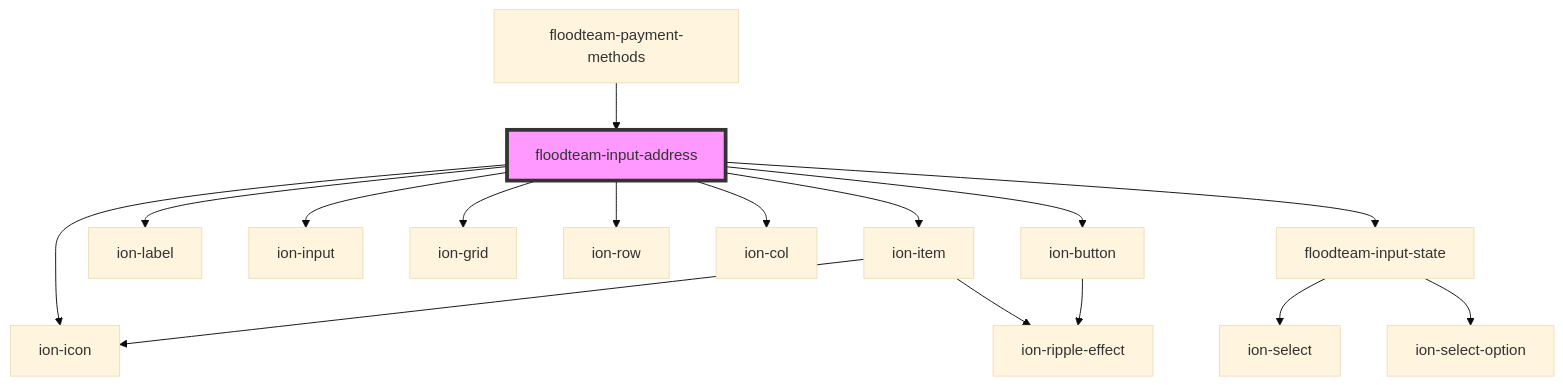
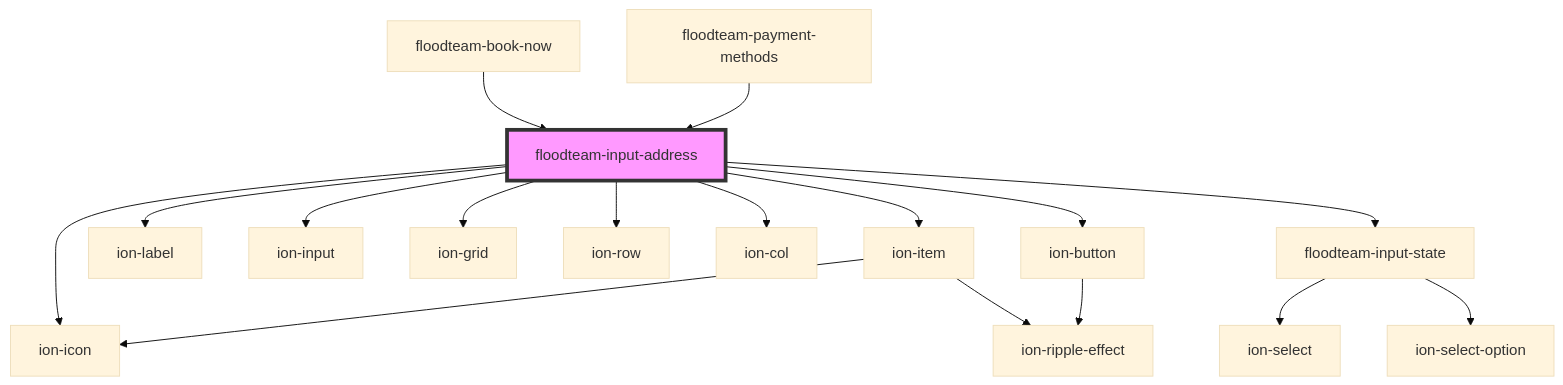
The diagram in src/components/input-address/readme.md (FloodTeam/components), drawn with Mermaid (base theme) before and after one commit. The commit also changed other lines of this file and 22 other files, not shown here.

Commit message:
fix(): Add book now component, fix loader, change out thumbs up for checkmark, and  mock fireenjin events for component testing

````diff
--- a/src/components/input-address/readme.md
+++ b/src/components/input-address/readme.md
@@ -47,19 +48,20 @@
 ```mermaid
 graph TD;
   floodteam-input-address --> ion-item
   floodteam-input-address --> ion-label
   floodteam-input-address --> ion-input
   floodteam-input-address --> ion-grid
   floodteam-input-address --> ion-row
   floodteam-input-address --> ion-col
   floodteam-input-address --> floodteam-input-state
   floodteam-input-address --> ion-button
   floodteam-input-address --> ion-icon
   ion-item --> ion-icon
   ion-item --> ion-ripple-effect
   floodteam-input-state --> ion-select
   floodteam-input-state --> ion-select-option
   ion-button --> ion-ripple-effect
+  floodteam-book-now --> floodteam-input-address
   floodteam-payment-methods --> floodteam-input-address
   style floodteam-input-address fill:#f9f,stroke:#333,stroke-width:4px
 ```
````
